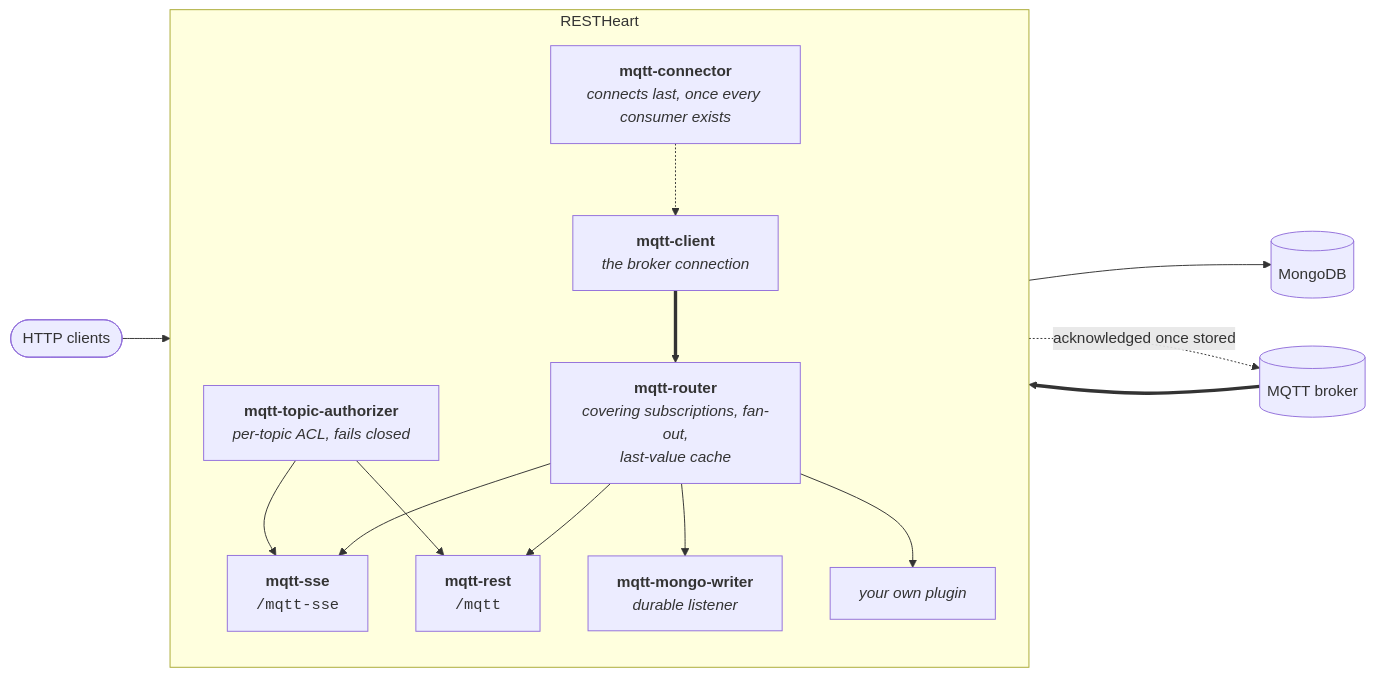
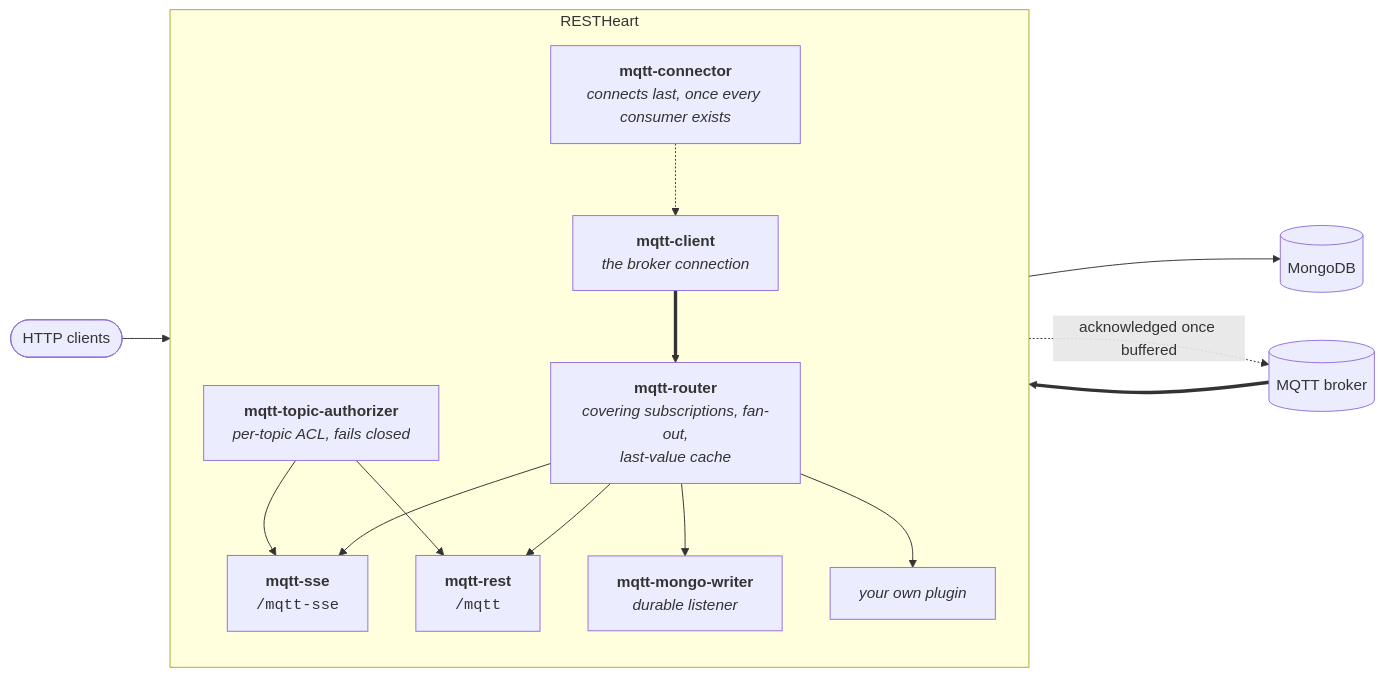
One commit to SoftInstigate/restheart changed the first of 5 diagrams in mqtt/README.md. Above: the diagram before and after it, drawn with Mermaid. The commit also changed other lines of this file and 14 other files, not shown here.

````diff
--- a/mqtt/README.md
+++ b/mqtt/README.md
@@ -39,31 +39,31 @@
 ```mermaid
 flowchart LR
     broker[("MQTT broker")]
     mongo[("MongoDB")]
     callers(["HTTP clients"])
 
     subgraph rh["RESTHeart"]
         direction TB
         connector["<b>mqtt-connector</b><br><i>connects last, once every consumer exists</i>"]
         client["<b>mqtt-client</b><br><i>the broker connection</i>"]
         router["<b>mqtt-router</b><br><i>covering subscriptions, fan-out,<br>last-value cache</i>"]
         authz["<b>mqtt-topic-authorizer</b><br><i>per-topic ACL, fails closed</i>"]
         sse["<b>mqtt-sse</b><br><code>/mqtt-sse</code>"]
         rest["<b>mqtt-rest</b><br><code>/mqtt</code>"]
         writer["<b>mqtt-mongo-writer</b><br><i>durable listener</i>"]
         own["<i>your own plugin</i>"]
     end
 
     connector -.-> client
     broker ==> client
     client ==> router
     router --> sse
     router --> rest
     router --> writer
     router --> own
     writer --> mongo
-    writer -.->|"acknowledged once stored"| broker
+    writer -.->|"acknowledged once buffered"| broker
     callers --> authz
     authz --> sse
     authz --> rest
 ```
````
